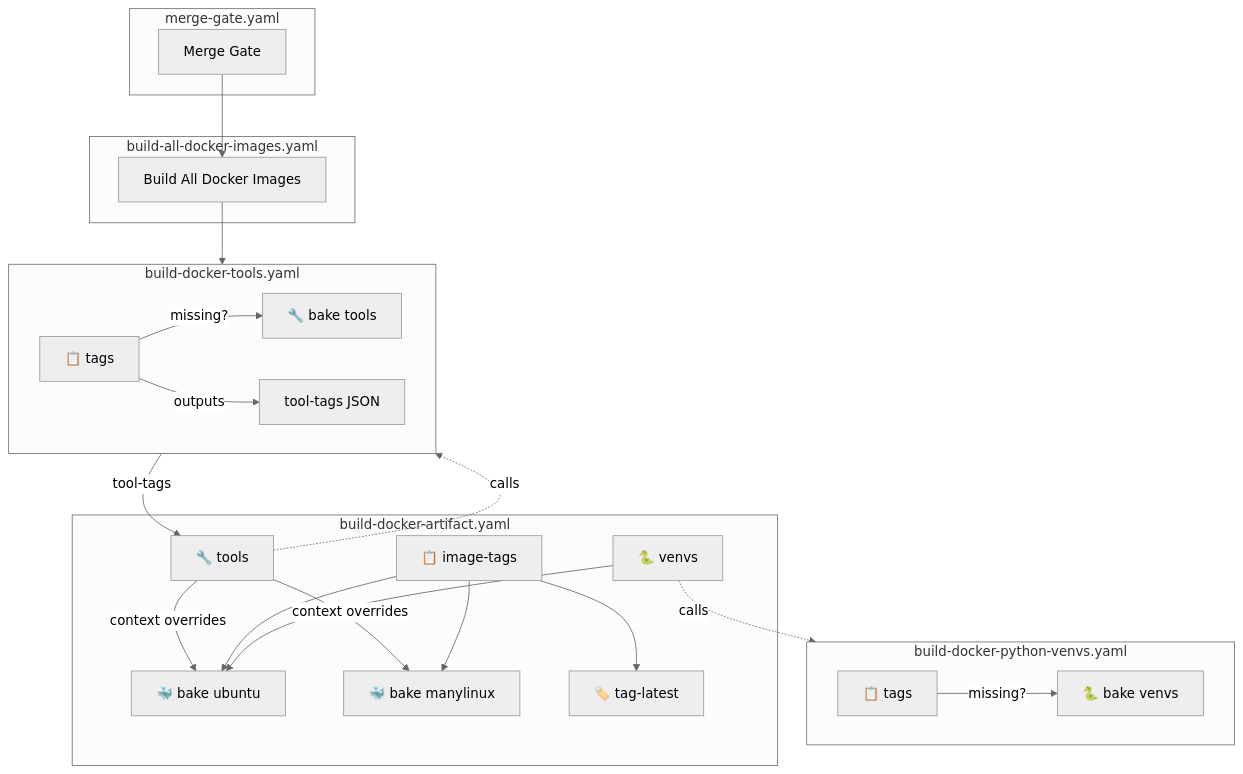
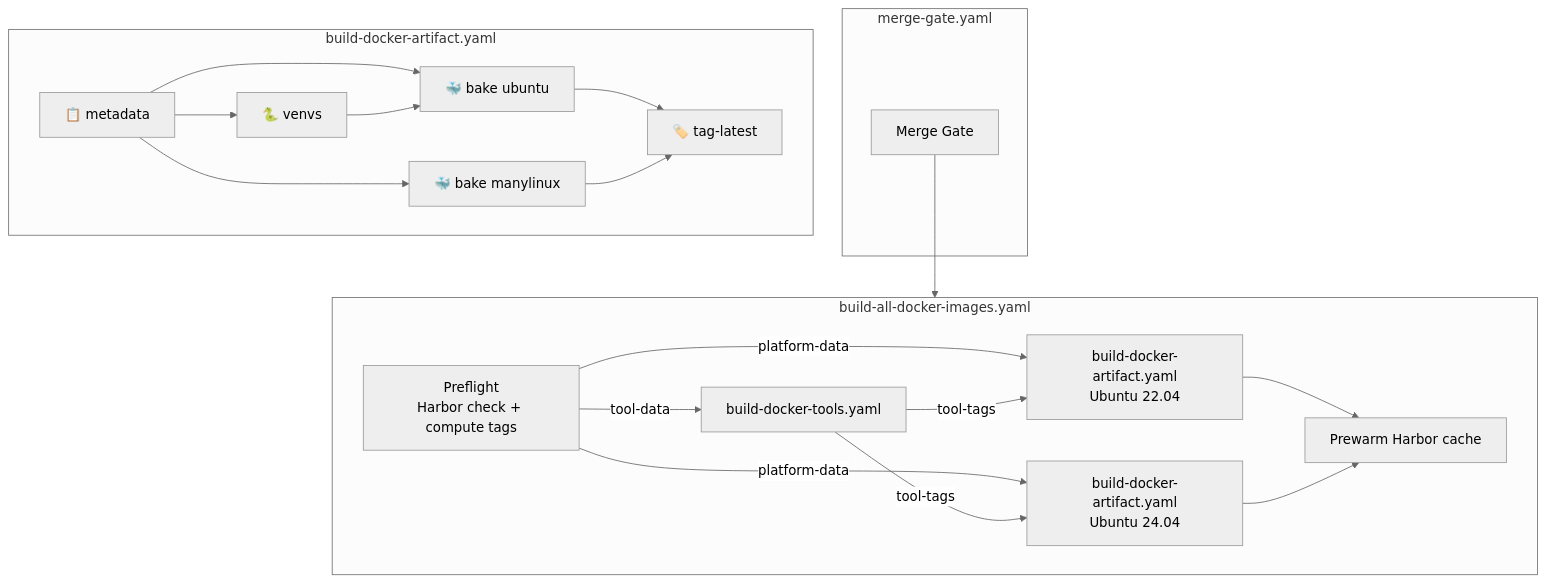
The second of 2 diagrams in dockerfile/README.md (tenstorrent/tt-metal), drawn with Mermaid (neutral theme) before and after one commit. The commit also changed other lines of this file, not shown here.

````diff
--- a/dockerfile/README.md
+++ b/dockerfile/README.md
@@ -59,44 +63,39 @@
 ```mermaid
 flowchart TD
     subgraph MergeGate [merge-gate.yaml]
         MG[Merge Gate]
     end
 
     subgraph AllDocker [build-all-docker-images.yaml]
-        AD[Build All Docker Images]
-    end
+        Preflight["Preflight<br/>Harbor check + compute tags"]
+        BuildTools[build-docker-tools.yaml]
+        Build2204["build-docker-artifact.yaml<br/>Ubuntu 22.04"]
+        Build2404["build-docker-artifact.yaml<br/>Ubuntu 24.04"]
+        PrewarmCache["Prewarm Harbor cache"]
 
-    subgraph Tools [build-docker-tools.yaml]
-        ToolTags[📋 tags]
-        ToolBuild[🔧 bake tools]
-        ToolTags -->|missing?| ToolBuild
-        ToolTags -->|outputs| TT[tool-tags JSON]
-    end
-
-    subgraph Venvs [build-docker-python-venvs.yaml]
-        VenvTags[📋 tags]
-        VenvBuild[🐍 bake venvs]
-        VenvTags -->|missing?| VenvBuild
+        Preflight -->|tool-data| BuildTools
+        Preflight -->|platform-data| Build2204
+        Preflight -->|platform-data| Build2404
+        BuildTools -->|tool-tags| Build2204
+        BuildTools -->|tool-tags| Build2404
+        Build2204 --> PrewarmCache
+        Build2404 --> PrewarmCache
     end
 
     subgraph DockerArtifact [build-docker-artifact.yaml]
-        DATools[🔧 tools]
+        Metadata[📋 metadata]
         DAVenvs[🐍 venvs]
-        ImgTags[📋 image-tags]
         Ubuntu[🐳 bake ubuntu]
         ML[🐳 bake manylinux]
         TagLatest[🏷️ tag-latest]
+
+        Metadata --> DAVenvs
+        Metadata --> Ubuntu
+        Metadata --> ML
+        DAVenvs --> Ubuntu
+        Ubuntu --> TagLatest
+        ML --> TagLatest
     end
 
-    MG --> AD
-    AD --> Tools
-    Tools -->|tool-tags| DATools
-    DATools -.->|calls| Tools
-    DAVenvs -.->|calls| Venvs
-    DATools -->|"context overrides"| Ubuntu
-    DATools -->|"context overrides"| ML
-    ImgTags --> Ubuntu
-    ImgTags --> ML
-    ImgTags --> TagLatest
-    DAVenvs --> Ubuntu
+    MG --> AllDocker
 ```
````
